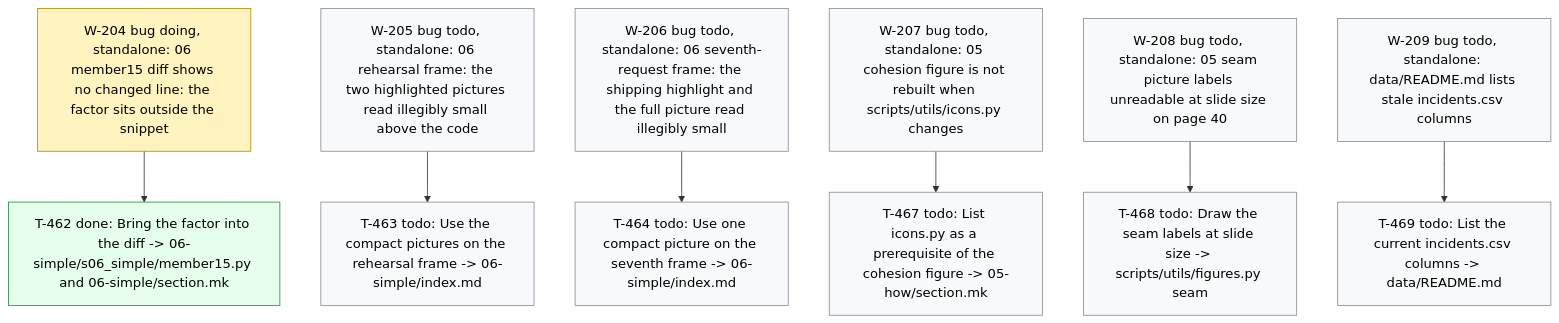
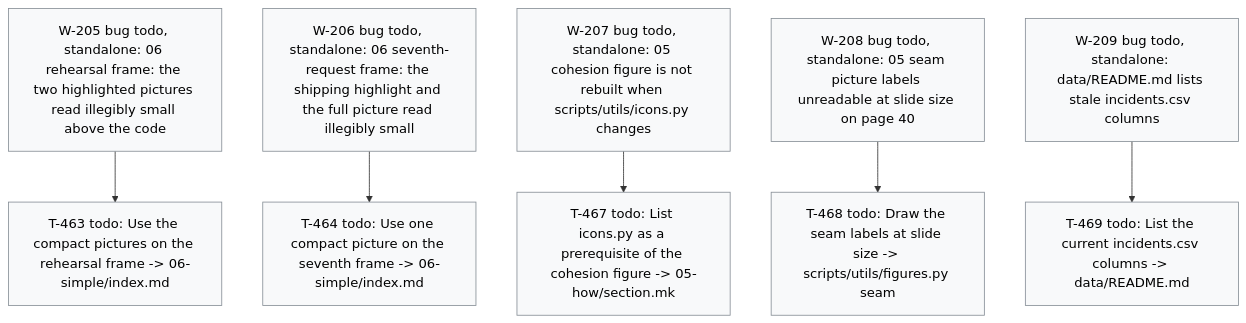
One commit to dpopchev/chaos-to-simple changed the diagram in .board/BOARD.md. Above: the diagram before and after it, drawn with Mermaid. The commit also changed other lines of this file and 3 other files, not shown here.

````diff
--- a/.board/BOARD.md
+++ b/.board/BOARD.md
@@ -1207,23 +1212,19 @@
 ```mermaid
 flowchart TD
-  W204["W-204 bug doing, standalone: 06 member15 diff shows no changed line: the factor sits outside the snippet"]
-  W204 --> T462["T-462 done: Bring the factor into the diff -> 06-simple/s06_simple/member15.py and 06-simple/section.mk"]
   W205["W-205 bug todo, standalone: 06 rehearsal frame: the two highlighted pictures read illegibly small above the code"]
   W205 --> T463["T-463 todo: Use the compact pictures on the rehearsal frame -> 06-simple/index.md"]
   W206["W-206 bug todo, standalone: 06 seventh-request frame: the shipping highlight and the full picture read illegibly small"]
   W206 --> T464["T-464 todo: Use one compact picture on the seventh frame -> 06-simple/index.md"]
   W207["W-207 bug todo, standalone: 05 cohesion figure is not rebuilt when scripts/utils/icons.py changes"]
   W207 --> T467["T-467 todo: List icons.py as a prerequisite of the cohesion figure -> 05-how/section.mk"]
   W208["W-208 bug todo, standalone: 05 seam picture labels unreadable at slide size on page 40"]
   W208 --> T468["T-468 todo: Draw the seam labels at slide size -> scripts/utils/figures.py seam"]
   W209["W-209 bug todo, standalone: data/README.md lists stale incidents.csv columns"]
   W209 --> T469["T-469 todo: List the current incidents.csv columns -> data/README.md"]
   classDef doing fill:#fff3bf,stroke:#b58900,color:#000;
   classDef blocked fill:#ffe3e3,stroke:#c92a2a,color:#000;
   classDef done fill:#e6ffed,stroke:#2b8a3e,color:#000;
   classDef todo fill:#f8f9fa,stroke:#868e96,color:#000;
   classDef pruned fill:#f1f3f5,stroke:#adb5bd,color:#000;
-  class W204 doing
-  class T462 done
   class W205,T463,W206,T464,W207,T467,W208,T468,W209,T469 todo
 ```
````
